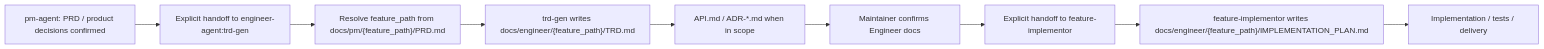
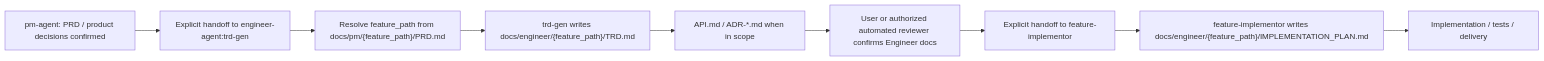
Before and after one commit to Neplich/dev-agent-skills: the diagram in agents/engineer/skills/trd-gen/SKILL.md, drawn with Mermaid. The commit also changed other lines of this file and 21 other files, not shown here.

````diff
--- a/agents/engineer/skills/trd-gen/SKILL.md
+++ b/agents/engineer/skills/trd-gen/SKILL.md
@@ -122,11 +122,11 @@
 ```mermaid
 flowchart LR
     PM["pm-agent: PRD / product decisions confirmed"] --> Handoff["Explicit handoff to engineer-agent:trd-gen"]
     Handoff --> PathGate["Resolve feature_path from docs/pm/{feature_path}/PRD.md"]
     PathGate --> TRD["trd-gen writes docs/engineer/{feature_path}/TRD.md"]
     TRD --> OptionalDocs["API.md / ADR-*.md when in scope"]
-    OptionalDocs --> Review["Maintainer confirms Engineer docs"]
+    OptionalDocs --> Review["User or authorized automated reviewer confirms Engineer docs"]
     Review --> Plan["Explicit handoff to feature-implementor"]
     Plan --> ImplPlan["feature-implementor writes docs/engineer/{feature_path}/IMPLEMENTATION_PLAN.md"]
     ImplPlan --> Code["Implementation / tests / delivery"]
 ```
````
